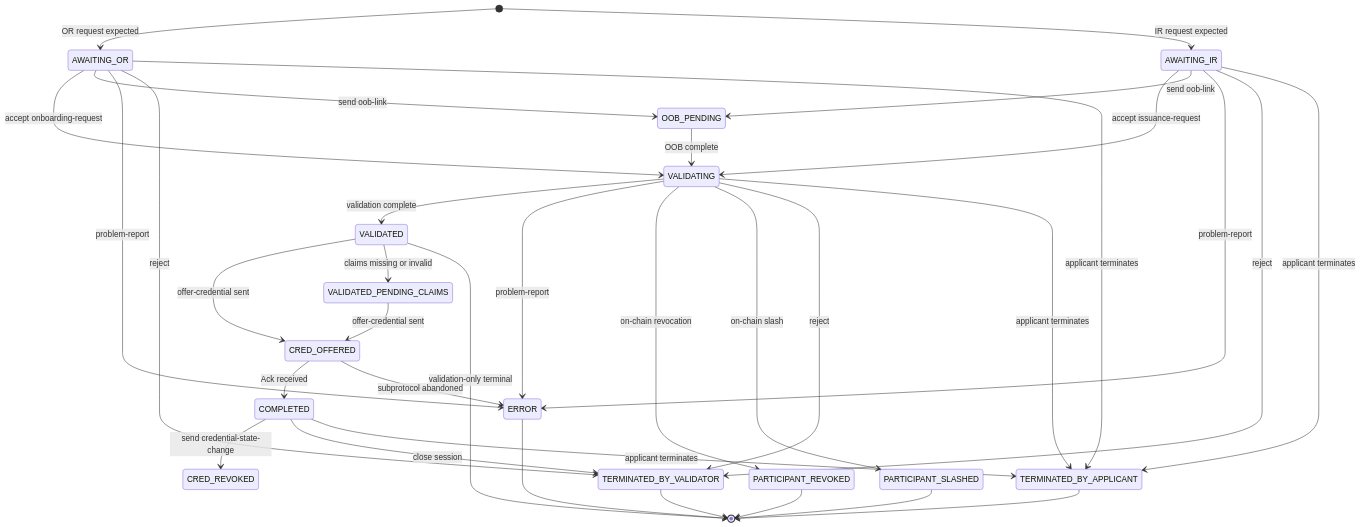
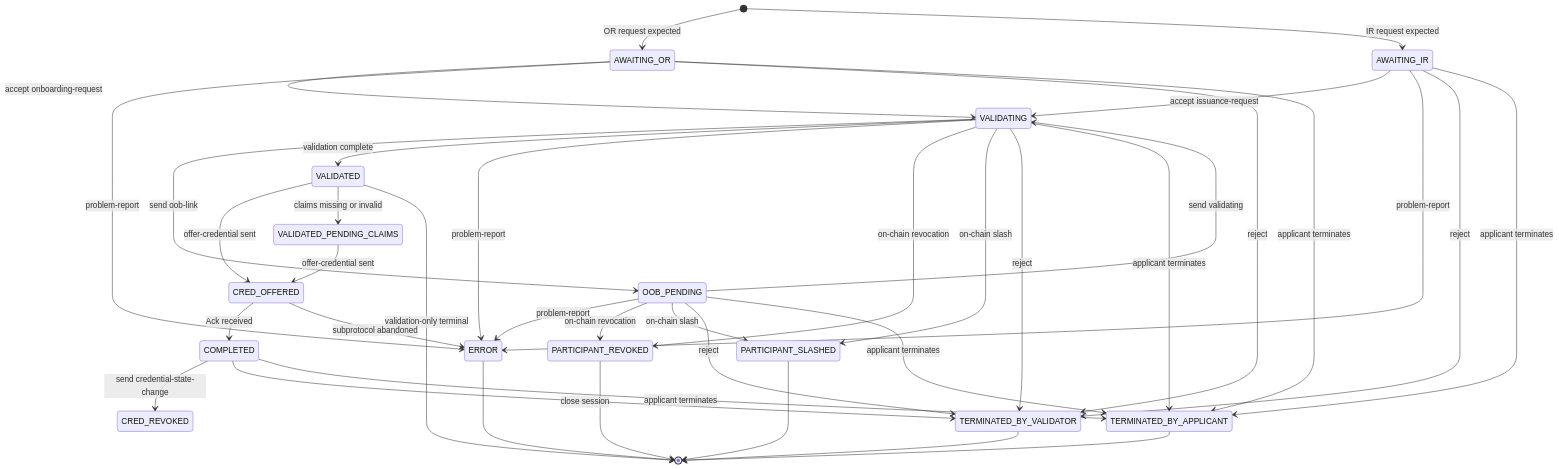
Before and after one commit to verana-labs/verana-spec: the third of 4 diagrams in v4/vt-flow-protocol/spec.md, drawn with Mermaid. The commit also changed other lines of this file and 2 other files, not shown here.

````diff
--- a/v4/vt-flow-protocol/spec.md
+++ b/v4/vt-flow-protocol/spec.md
@@ -533,39 +520,43 @@
 ```mermaid
 stateDiagram-v2
     direction TB
     [*] --> AWAITING_OR: OR request expected
     [*] --> AWAITING_IR: IR request expected
     AWAITING_OR --> VALIDATING: accept onboarding-request
     AWAITING_IR --> VALIDATING: accept issuance-request
-    AWAITING_OR --> OOB_PENDING: send oob-link
-    AWAITING_IR --> OOB_PENDING: send oob-link
-    OOB_PENDING --> VALIDATING: OOB complete
+    VALIDATING --> OOB_PENDING: send oob-link
+    OOB_PENDING --> VALIDATING: send validating
     VALIDATING --> VALIDATED: validation complete
     VALIDATED --> CRED_OFFERED: offer-credential sent
     VALIDATED --> VALIDATED_PENDING_CLAIMS: claims missing or invalid
     VALIDATED_PENDING_CLAIMS --> CRED_OFFERED: offer-credential sent
     CRED_OFFERED --> COMPLETED: Ack received
 
     VALIDATED --> [*]: validation-only terminal
     COMPLETED --> CRED_REVOKED: send credential-state-change
 
     AWAITING_OR --> ERROR: problem-report
     AWAITING_IR --> ERROR: problem-report
     VALIDATING --> ERROR: problem-report
+    OOB_PENDING --> ERROR: problem-report
     CRED_OFFERED --> ERROR: subprotocol abandoned
     VALIDATING --> PARTICIPANT_REVOKED: on-chain revocation
     VALIDATING --> PARTICIPANT_SLASHED: on-chain slash
+    OOB_PENDING --> PARTICIPANT_REVOKED: on-chain revocation
+    OOB_PENDING --> PARTICIPANT_SLASHED: on-chain slash
     AWAITING_OR --> TERMINATED_BY_VALIDATOR: reject
     AWAITING_IR --> TERMINATED_BY_VALIDATOR: reject
     VALIDATING --> TERMINATED_BY_VALIDATOR: reject
+    OOB_PENDING --> TERMINATED_BY_VALIDATOR: reject
     COMPLETED --> TERMINATED_BY_VALIDATOR: close session
     ERROR --> [*]
     TERMINATED_BY_VALIDATOR --> [*]
     AWAITING_OR --> TERMINATED_BY_APPLICANT: applicant terminates
     AWAITING_IR --> TERMINATED_BY_APPLICANT: applicant terminates
     VALIDATING --> TERMINATED_BY_APPLICANT: applicant terminates
+    OOB_PENDING --> TERMINATED_BY_APPLICANT: applicant terminates
     COMPLETED --> TERMINATED_BY_APPLICANT: applicant terminates
     TERMINATED_BY_APPLICANT --> [*]
     PARTICIPANT_REVOKED --> [*]
     PARTICIPANT_SLASHED --> [*]
 ```
````
